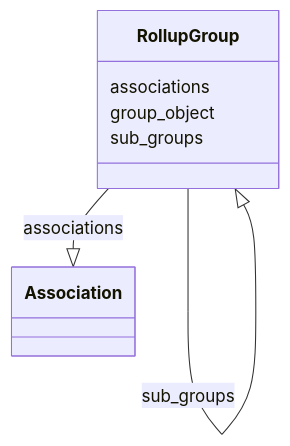
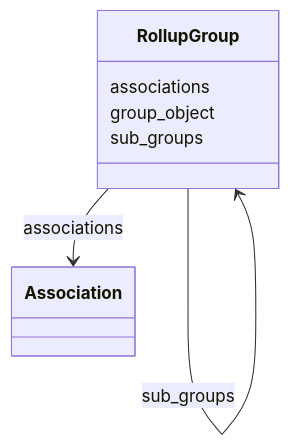
The diagram in association/RollupGroup.md (INCATools/ontology-access-kit), drawn with Mermaid before and after one commit. The commit also changed 389 other files, not shown here.

````diff
--- a/association/RollupGroup.md
+++ b/association/RollupGroup.md
@@ -10,15 +10,15 @@
 ```{mermaid}
  classDiagram
     class RollupGroup
       RollupGroup : associations
         
-          RollupGroup --|> Association : associations
+          RollupGroup --> Association : associations
         
       RollupGroup : group_object
         
       RollupGroup : sub_groups
         
-          RollupGroup --|> RollupGroup : sub_groups
+          RollupGroup --> RollupGroup : sub_groups
         
       
 ```
````
